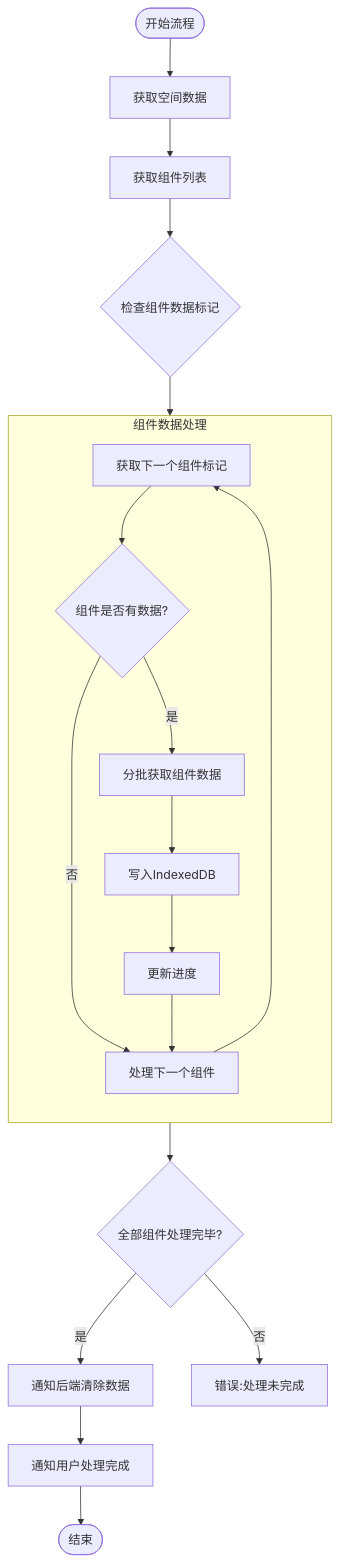
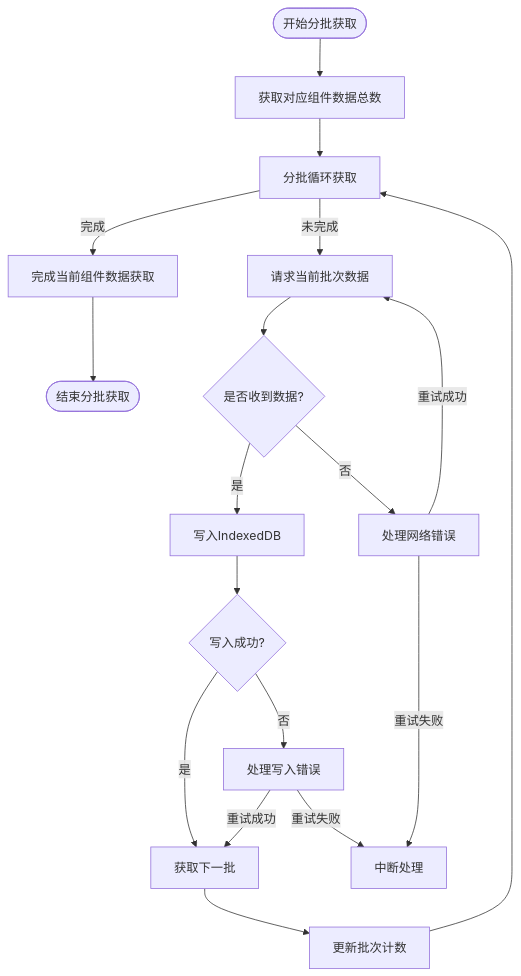
The diagram in all/未命名-56.md (yingjianzh/iodraw-files), drawn with Mermaid before and after one commit.

Commit message:
2025-05-12 10:24:04 update

````diff
--- a/all/未命名-56.md
+++ b/all/未命名-56.md
@@ -1,29 +1,29 @@
 ```mermaid
 
 flowchart TD
-    Start([开始流程]) --> FetchSpaceData[获取空间数据]
+    StartBatch([开始分批获取]) --> InitializeBatch[获取对应组件数据总数]
+    InitializeBatch --> CheckBatchSize[分批循环获取]
     
-    FetchSpaceData --> FetchComponentList[获取组件列表]
-    FetchComponentList --> CheckComponentData{检查组件数据标记}
+    CheckBatchSize -->|完成| BatchComplete[完成当前组件数据获取]
     
-    subgraph ComponentProcess [组件数据处理]
-        direction TB
-        A[获取下一个组件标记] --> B{组件是否有数据?}
-        B -->|否| NextComponent[处理下一个组件]
-        B -->|是| C[分批获取组件数据]
-        C --> D[写入IndexedDB]
-        D --> UpdateProgress[更新进度]
-        UpdateProgress --> NextComponent
-        NextComponent --> A
-    end
+    CheckBatchSize -->|未完成| RequestBatch[请求当前批次数据]
+    RequestBatch --> ReceiveBatch{是否收到数据?}
     
-    CheckComponentData --> ComponentProcess
-    ComponentProcess --> AllComponentsProcessed{全部组件处理完毕?}
+    ReceiveBatch -->|是| WriteToDB[写入IndexedDB]
     
-    AllComponentsProcessed -->|是| ClearServerData[通知后端清除数据]
-    AllComponentsProcessed -->|否| Error3[错误:处理未完成]
+    WriteToDB --> BatchSuccess{写入成功?}
+    BatchSuccess -->|是| NextBatch[获取下一批]
+    BatchSuccess -->|否| HandleError[处理写入错误]
+    HandleError -->|重试成功| NextBatch
+    HandleError -->|重试失败| AbortProcess[中断处理]
     
-    ClearServerData --> CompletionNotification[通知用户处理完成]
-    CompletionNotification --> End([结束])
+    ReceiveBatch -->|否| HandleNetworkError[处理网络错误]
+    HandleNetworkError -->|重试成功| RequestBatch
+    HandleNetworkError -->|重试失败| AbortProcess
+    
+    NextBatch --> IncrementBatch[更新批次计数]
+    IncrementBatch --> CheckBatchSize
+    
+    BatchComplete --> EndBatch([结束分批获取])
 
 ```
````
